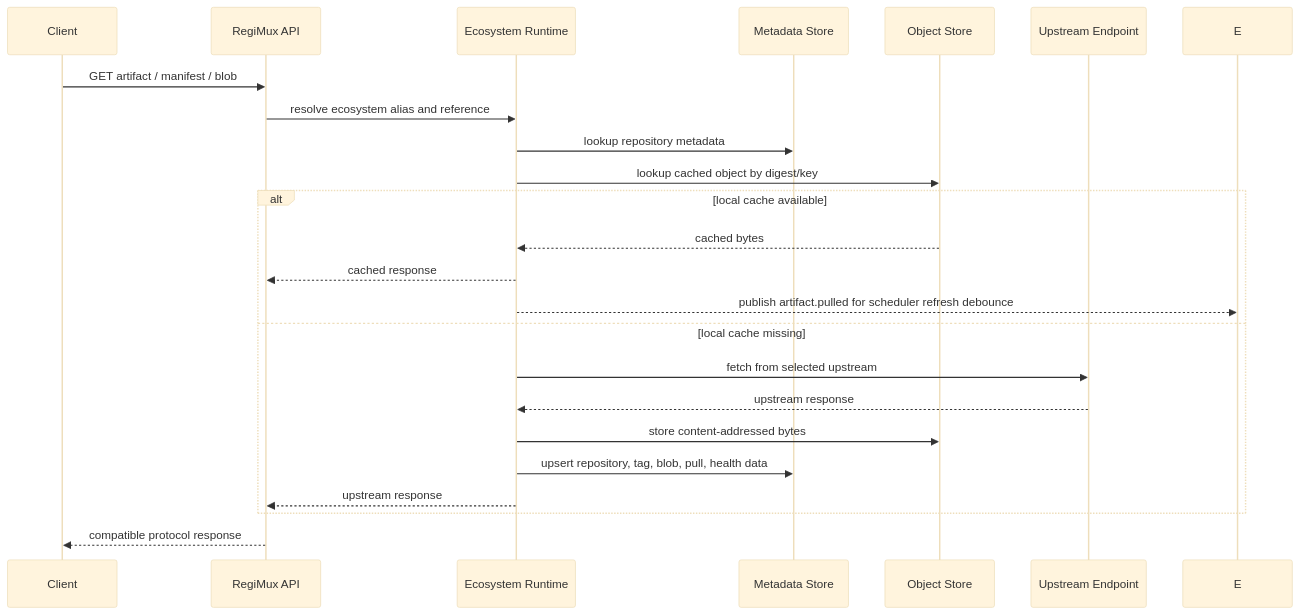
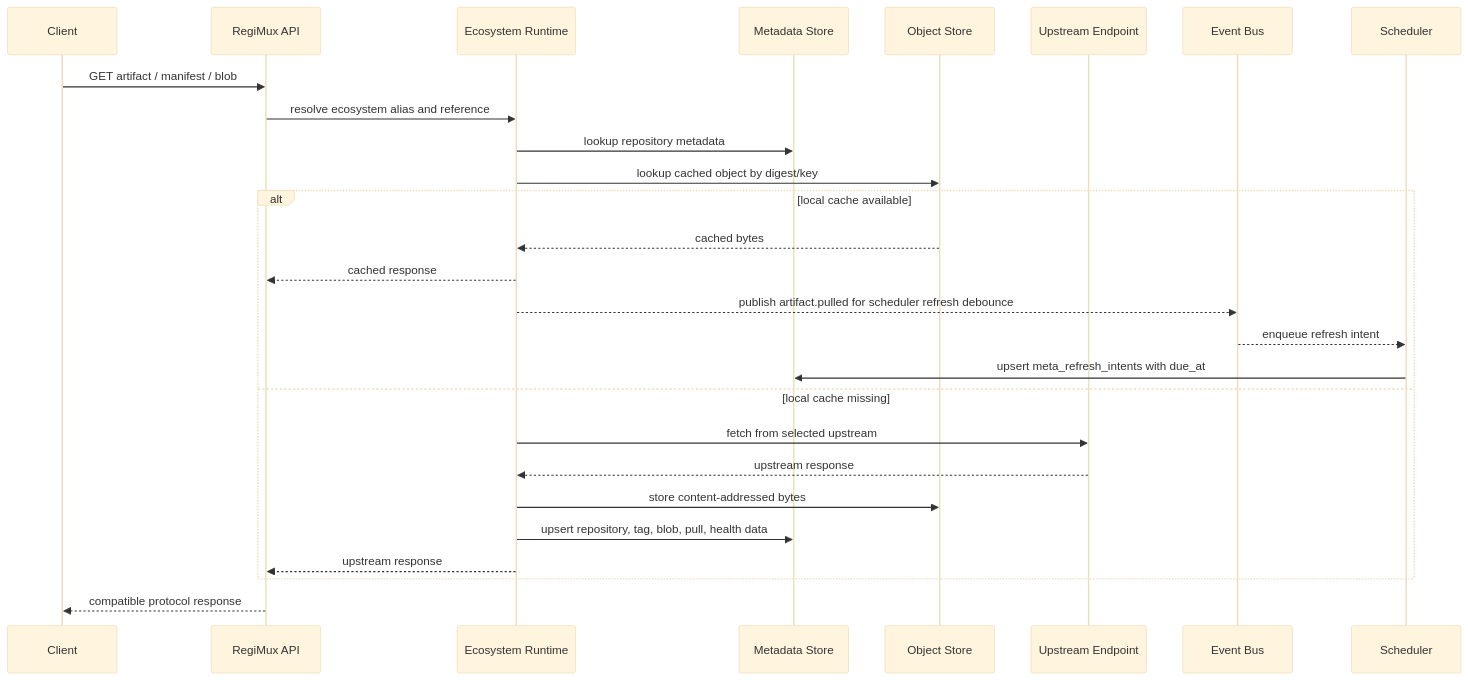
One commit to lyonbrown4d/regimux changed the second of 4 diagrams in docs/en/design.md. Above: the diagram before and after it, drawn with Mermaid (base theme). The commit also changed other lines of this file and 3 other files, not shown here.

Commit message:
Use dbx codec for refresh intent metadata

````diff
--- a/docs/en/design.md
+++ b/docs/en/design.md
@@ -105,26 +112,30 @@
 ```mermaid
 sequenceDiagram
   participant C as Client
   participant A as RegiMux API
   participant R as Ecosystem Runtime
   participant M as Metadata Store
   participant O as Object Store
   participant U as Upstream Endpoint
+  participant E as Event Bus
+  participant S as Scheduler
 
   C->>A: GET artifact / manifest / blob
   A->>R: resolve ecosystem alias and reference
   R->>M: lookup repository metadata
   R->>O: lookup cached object by digest/key
   alt local cache available
     O-->>R: cached bytes
     R-->>A: cached response
     R-->>E: publish artifact.pulled for scheduler refresh debounce
+    E-->>S: enqueue refresh intent
+    S->>M: upsert meta_refresh_intents with due_at
   else local cache missing
     R->>U: fetch from selected upstream
     U-->>R: upstream response
     R->>O: store content-addressed bytes
     R->>M: upsert repository, tag, blob, pull, health data
     R-->>A: upstream response
   end
   A-->>C: compatible protocol response
 ```
````
